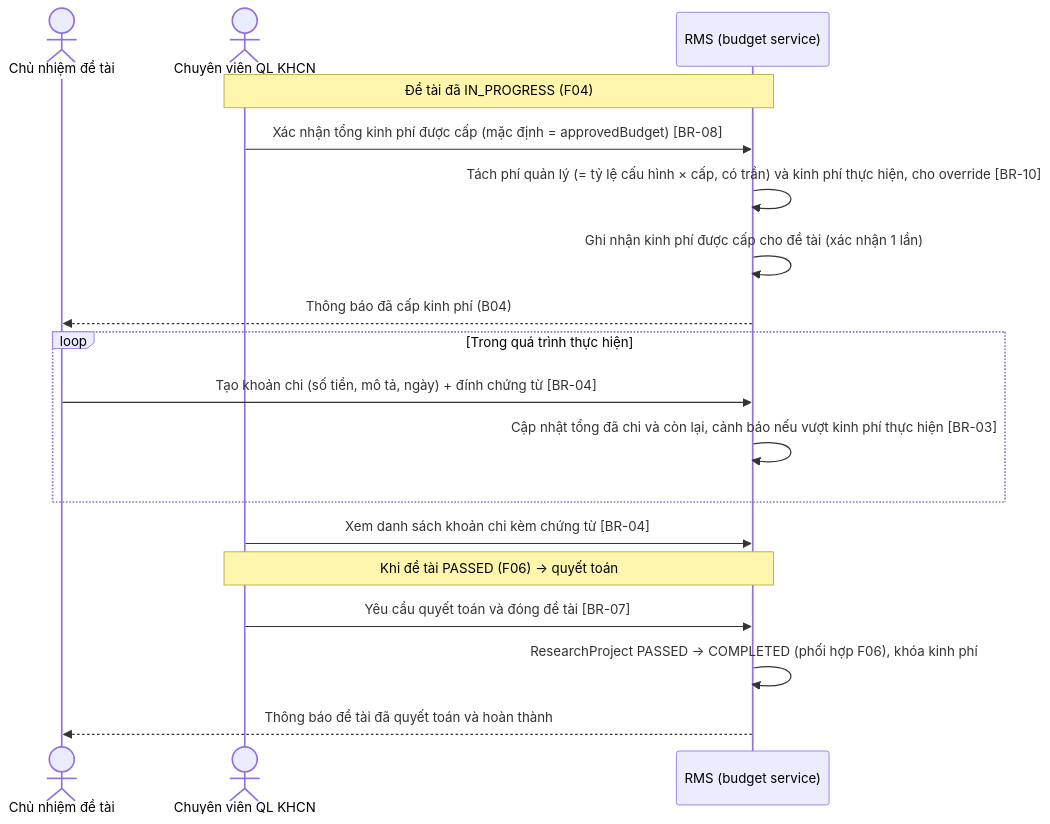
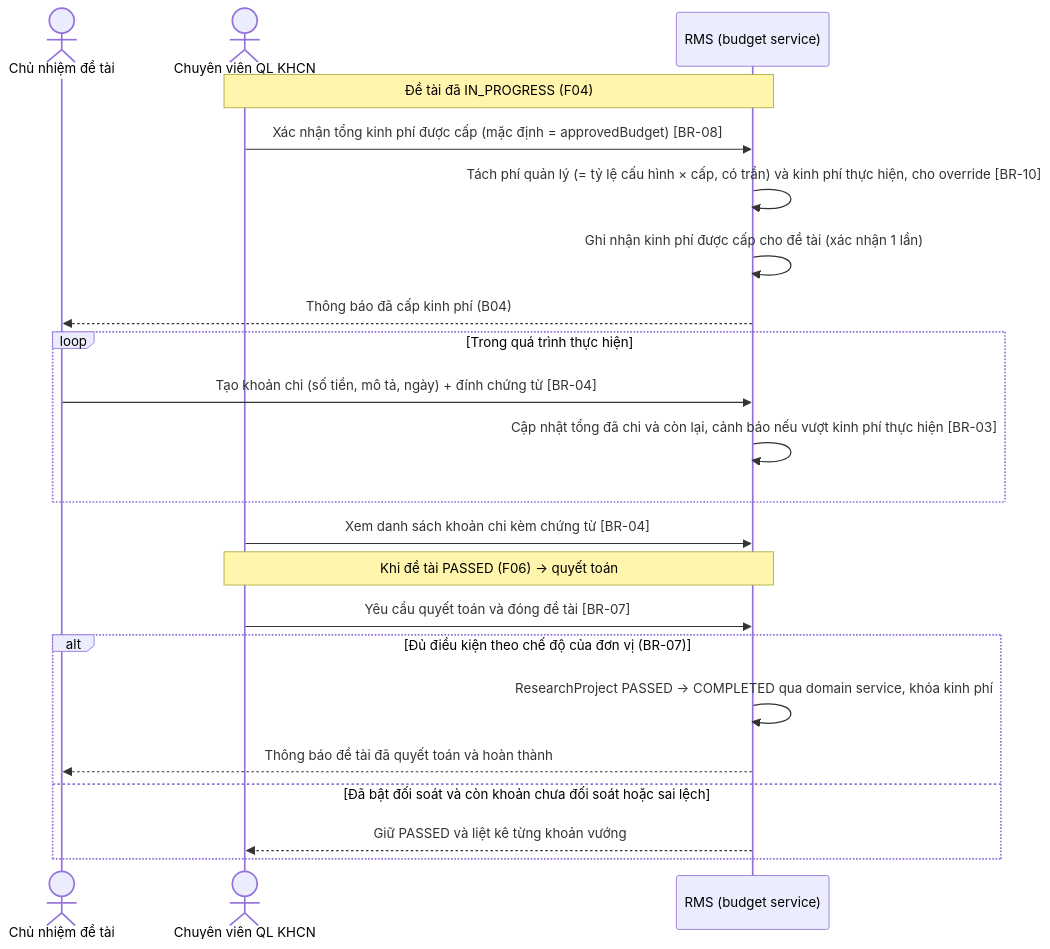
One commit to PTZero2026/rms-docs changed the first of 2 diagrams in docs/features/F05-quan-ly-kinh-phi/spec.md. Above: the diagram before and after it, drawn with Mermaid. The commit also changed other lines of this file and 590 other files, not shown here.

````diff
--- a/docs/features/F05-quan-ly-kinh-phi/spec.md
+++ b/docs/features/F05-quan-ly-kinh-phi/spec.md
@@ -81,24 +81,28 @@
 ```mermaid
 sequenceDiagram
     actor CN as Chủ nhiệm đề tài
     actor CV as Chuyên viên QL KHCN
     participant SYS as RMS (budget service)
 
     Note over CV,SYS: Đề tài đã IN_PROGRESS (F04)
     CV->>SYS: Xác nhận tổng kinh phí được cấp (mặc định = approvedBudget) [BR-08]
     SYS->>SYS: Tách phí quản lý (= tỷ lệ cấu hình × cấp, có trần) và kinh phí thực hiện, cho override [BR-10]
     SYS->>SYS: Ghi nhận kinh phí được cấp cho đề tài (xác nhận 1 lần)
     SYS-->>CN: Thông báo đã cấp kinh phí (B04)
 
     loop Trong quá trình thực hiện
         CN->>SYS: Tạo khoản chi (số tiền, mô tả, ngày) + đính chứng từ [BR-04]
         SYS->>SYS: Cập nhật tổng đã chi và còn lại, cảnh báo nếu vượt kinh phí thực hiện [BR-03]
     end
 
     CV->>SYS: Xem danh sách khoản chi kèm chứng từ [BR-04]
 
     Note over CV,SYS: Khi đề tài PASSED (F06) → quyết toán
     CV->>SYS: Yêu cầu quyết toán và đóng đề tài [BR-07]
-    SYS->>SYS: ResearchProject PASSED → COMPLETED (phối hợp F06), khóa kinh phí
-    SYS-->>CN: Thông báo đề tài đã quyết toán và hoàn thành
+    alt Đủ điều kiện theo chế độ của đơn vị (BR-07)
+        SYS->>SYS: ResearchProject PASSED → COMPLETED qua domain service, khóa kinh phí
+        SYS-->>CN: Thông báo đề tài đã quyết toán và hoàn thành
+    else Đã bật đối soát và còn khoản chưa đối soát hoặc sai lệch
+        SYS-->>CV: Giữ PASSED và liệt kê từng khoản vướng
+    end
 ```
````
